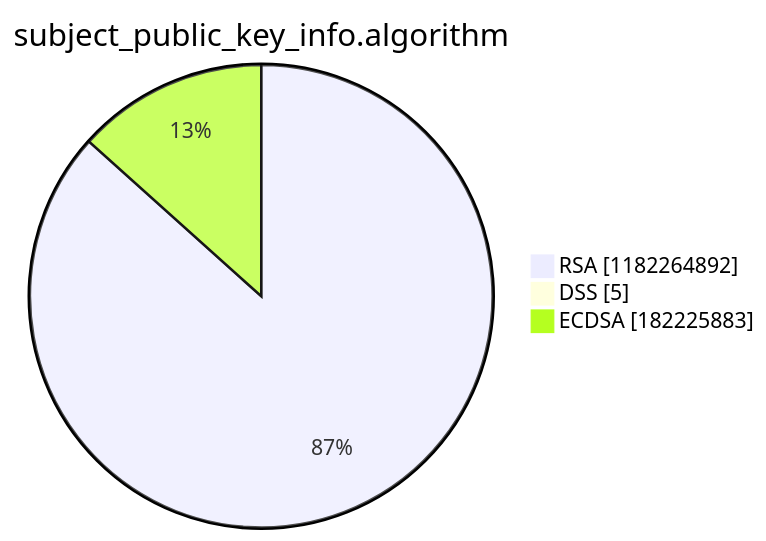
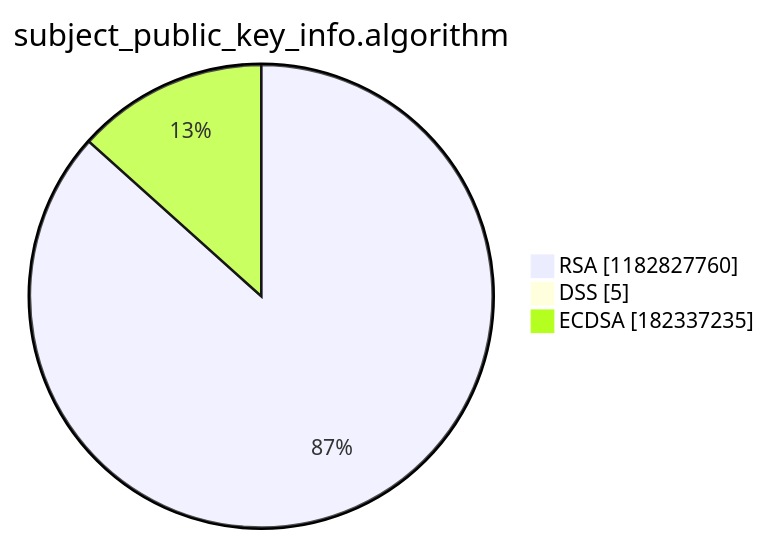
Before and after one commit to christiankrug/ctmonitor_visualization: the third of 15 diagrams in argon2022/README.md, drawn with Mermaid. The commit also changed other lines of this file, not shown here.

````diff
--- a/argon2022/README.md
+++ b/argon2022/README.md
@@ -14,7 +14,7 @@
 ```mermaid
 pie showData
 title subject_public_key_info.algorithm
-"RSA" :1182264892
+"RSA" :1182827760
 "DSS" :5
-"ECDSA" :182225883
+"ECDSA" :182337235
 ```
````
